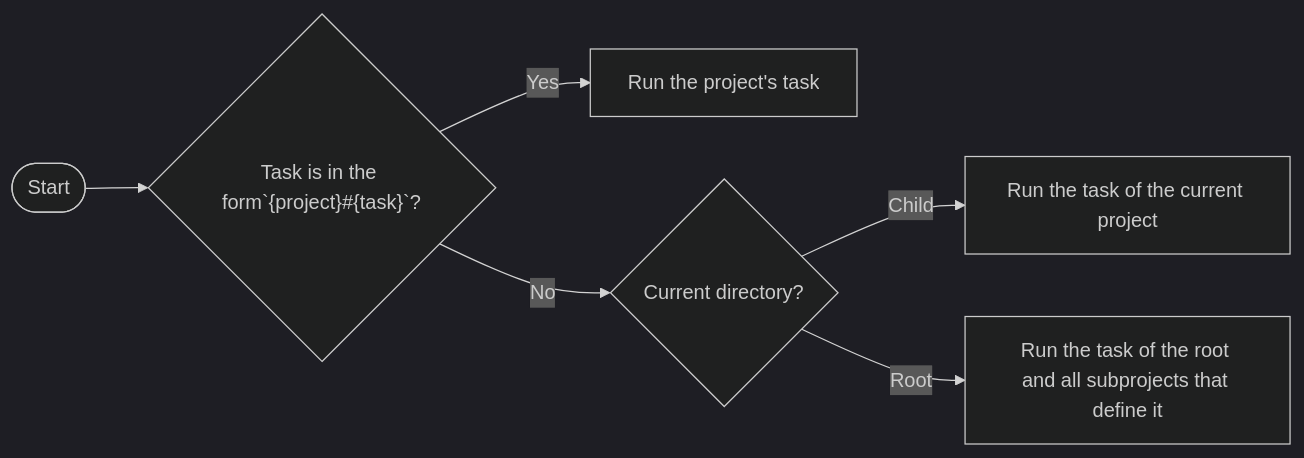
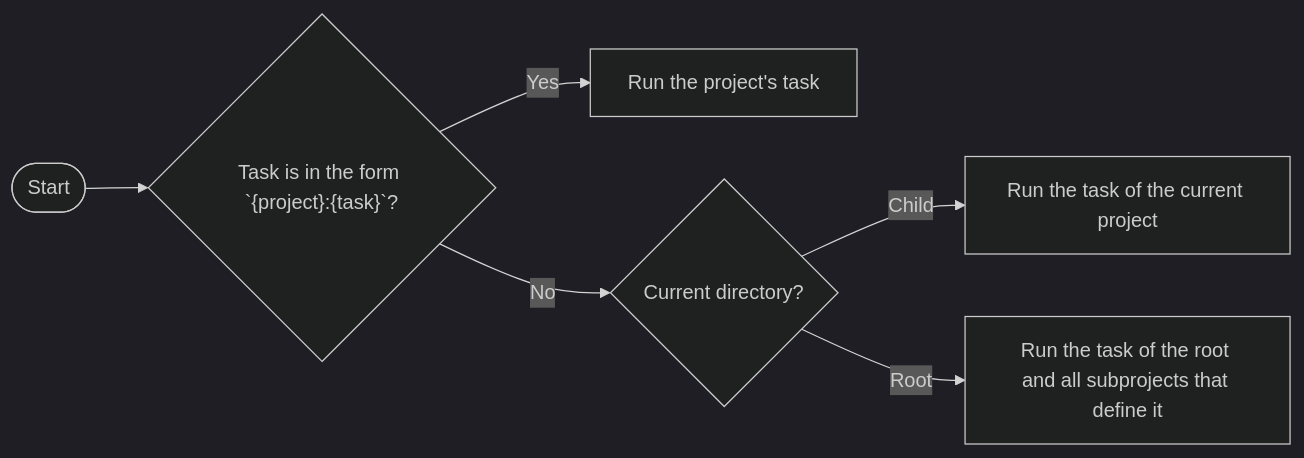
The diagram in docs/configuration.md (kota65535/firepit), drawn with Mermaid (dark theme) before and after one commit.

Commit message:
docs: use ':' in the task resolution flowchart
Refs #470

````diff
--- a/docs/configuration.md
+++ b/docs/configuration.md
@@ -864,9 +864,9 @@
 ```mermaid
 flowchart LR
     A(["Start"])
-    A --> B{"Task is in the form`{project}#{task}`?"}
+    A --> B{"Task is in the form `{project}:{task}`?"}
     B -->|Yes| C["Run the project's task"]
     B -->|No| D{"Current directory?"}
     D -->|Child| E["Run the task of the current project"]
     D -->|Root| F["Run the task of the root and all subprojects that define it"]
 ```
````
